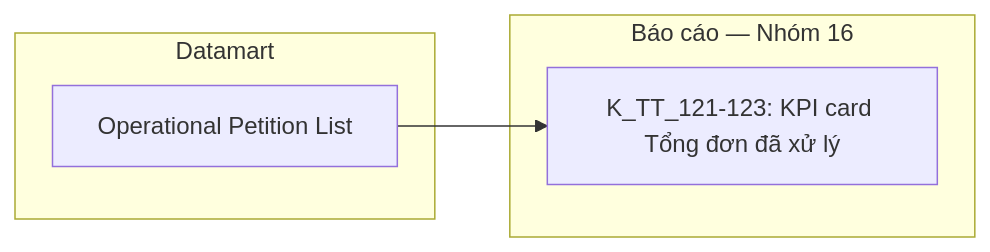
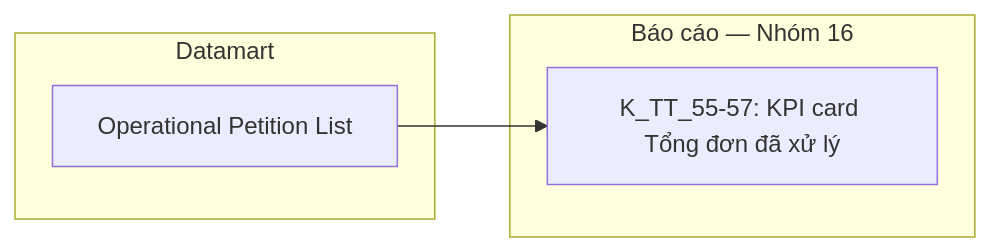
Before and after one commit to linhlvit/ubck_atomic_design: diagram 44 of 50 in Datamart/hld/DTM_TT_HLD.md, drawn with Mermaid. The commit also changed other lines of this file and 8 other files, not shown here.

````diff
--- a/Datamart/hld/DTM_TT_HLD.md
+++ b/Datamart/hld/DTM_TT_HLD.md
@@ -1692,10 +1637,10 @@
 ```mermaid
 flowchart LR
     subgraph Datamart["Datamart"]
         G1["Operational Petition List"]
     end
     subgraph RPT["Báo cáo — Nhóm 16"]
-        R1["K_TT_121-123: KPI card Tổng đơn đã xử lý"]
+        R1["K_TT_55-57: KPI card Tổng đơn đã xử lý"]
     end
     G1 --> R1
 ```
````
